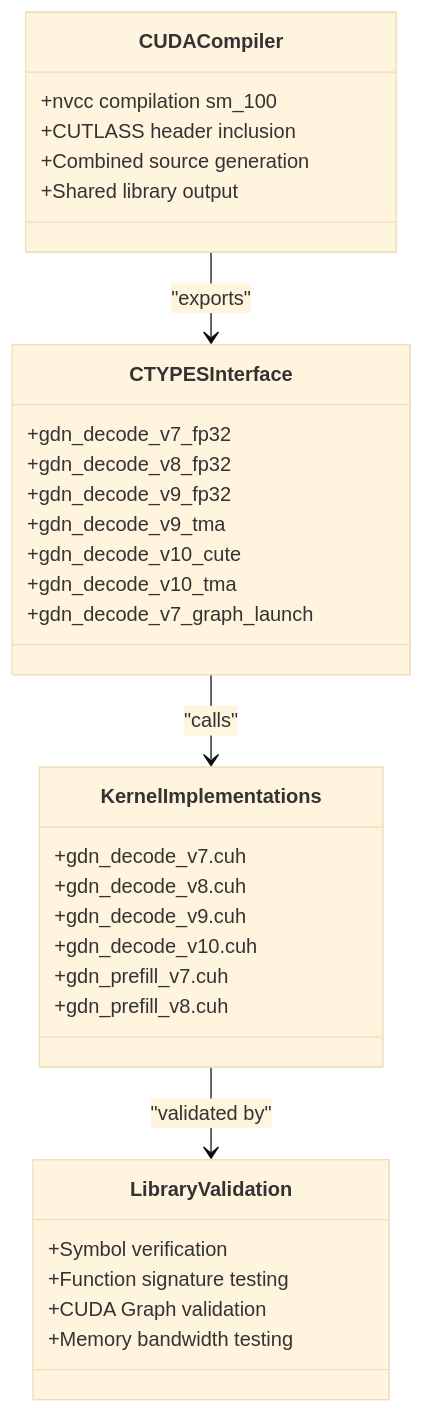
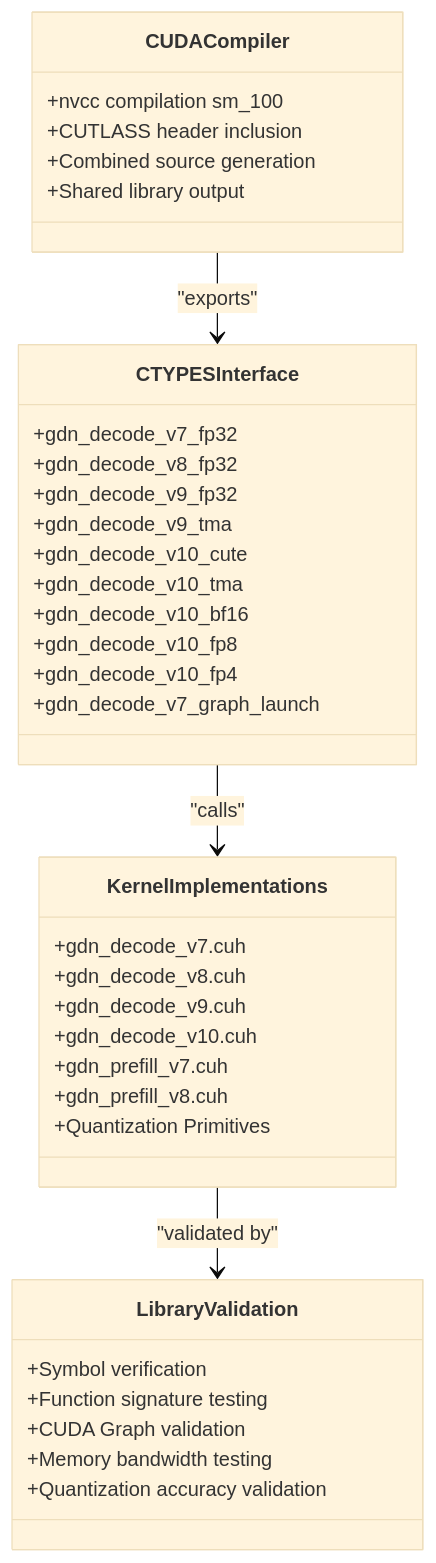
One commit to gugudeshubao/flashinfer-bench-tma-thrust changed the fifth of 17 diagrams in .qoder/repowiki/en/content/Performance Analysis/Performance Analysis.md. Above: the diagram before and after it, drawn with Mermaid (base theme). The commit also changed other lines of this file and 5 other files, not shown here.

````diff
--- a/.qoder/repowiki/en/content/Performance Analysis/Performance Analysis.md
+++ b/.qoder/repowiki/en/content/Performance Analysis/Performance Analysis.md
@@ -351,35 +450,40 @@
 ```mermaid
 classDiagram
 class CUDACompiler {
 +nvcc compilation sm_100
 +CUTLASS header inclusion
 +Combined source generation
 +Shared library output
 }
 class CTYPESInterface {
 +gdn_decode_v7_fp32
 +gdn_decode_v8_fp32
 +gdn_decode_v9_fp32
 +gdn_decode_v9_tma
 +gdn_decode_v10_cute
 +gdn_decode_v10_tma
++gdn_decode_v10_bf16
++gdn_decode_v10_fp8
++gdn_decode_v10_fp4
 +gdn_decode_v7_graph_launch
 }
 class KernelImplementations {
 +gdn_decode_v7.cuh
 +gdn_decode_v8.cuh
 +gdn_decode_v9.cuh
 +gdn_decode_v10.cuh
 +gdn_prefill_v7.cuh
 +gdn_prefill_v8.cuh
++Quantization Primitives
 }
 class LibraryValidation {
 +Symbol verification
 +Function signature testing
 +CUDA Graph validation
 +Memory bandwidth testing
++Quantization accuracy validation
 }
 CUDACompiler --> CTYPESInterface : "exports"
 CTYPESInterface --> KernelImplementations : "calls"
 KernelImplementations --> LibraryValidation : "validated by"
 ```
````
